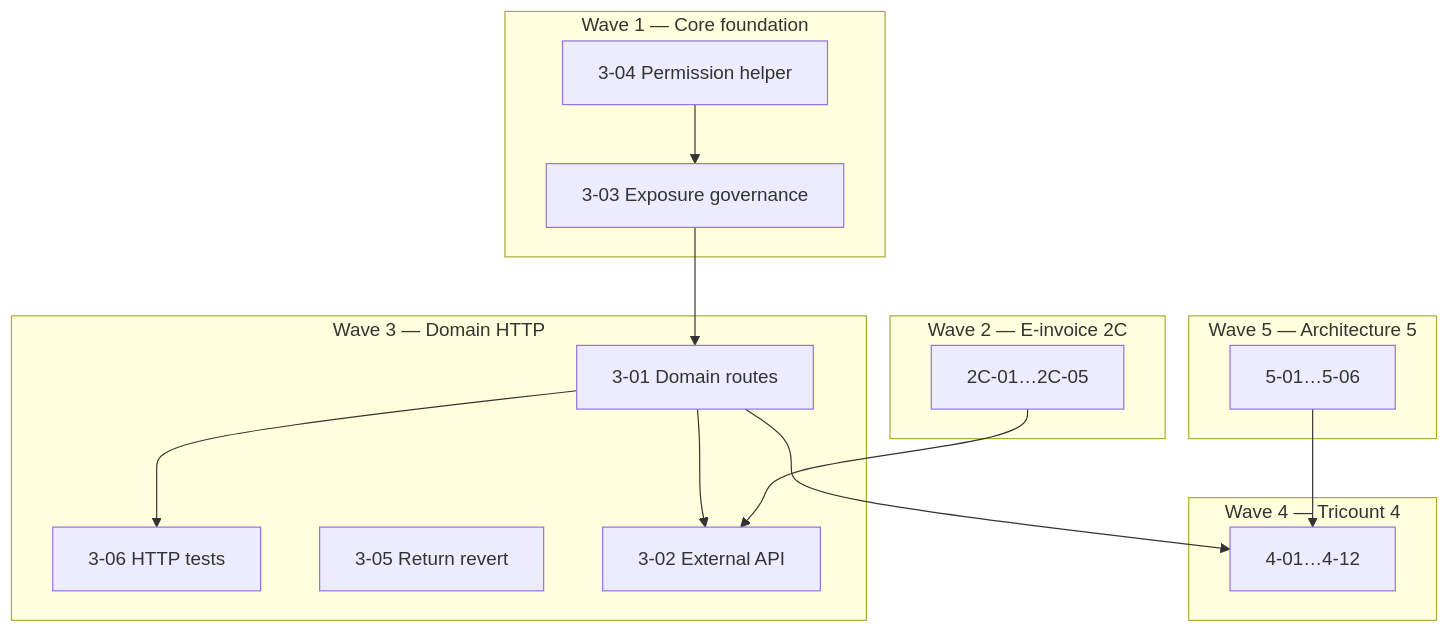
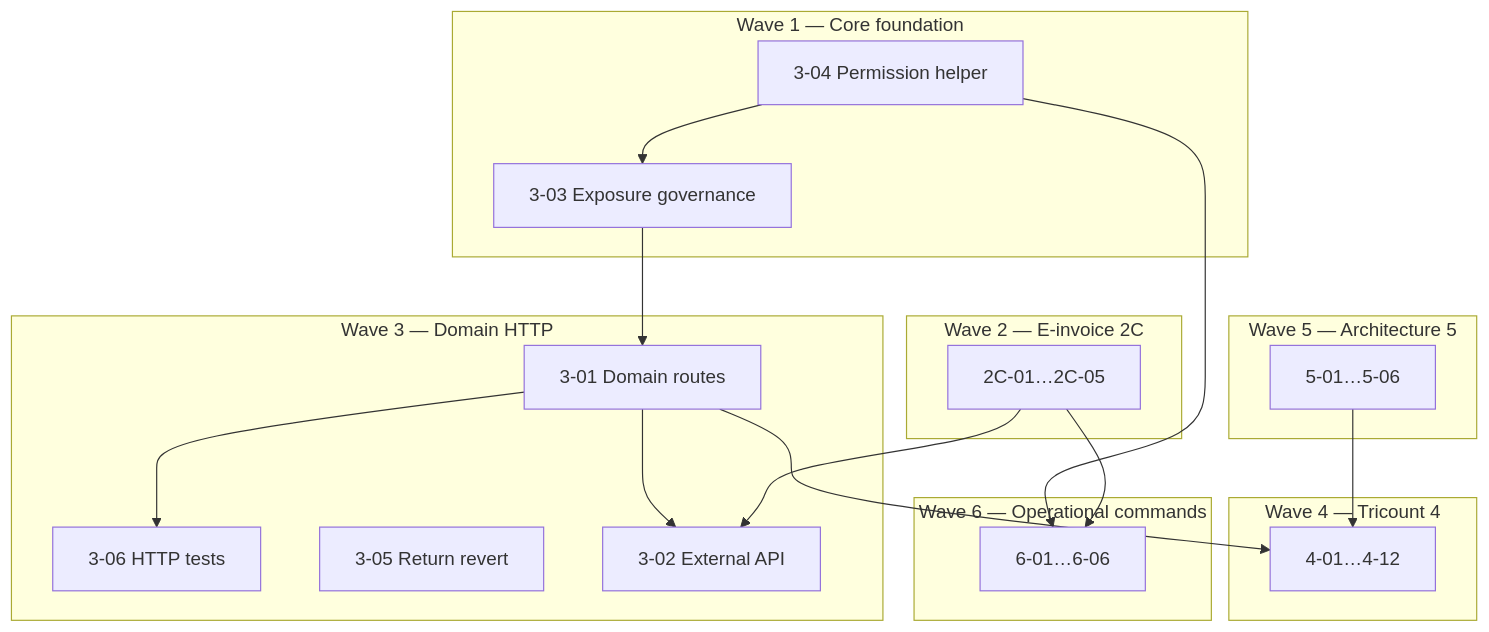
The diagram in docs/superpowers/plans/2026-06-30-erp-hardening-spec2-phase3-remaining.md (swolley/laraplate), drawn with Mermaid before and after one commit. The commit also changed other lines of this file and 1 other file, not shown here.

Commit message:
docs(erp): add operational command backlog

````diff
--- a/docs/superpowers/plans/2026-06-30-erp-hardening-spec2-phase3-remaining.md
+++ b/docs/superpowers/plans/2026-06-30-erp-hardening-spec2-phase3-remaining.md
@@ -43,29 +44,34 @@
 ```mermaid
 flowchart TB
   subgraph W1["Wave 1 — Core foundation"]
     P34[3-04 Permission helper]
     P33[3-03 Exposure governance]
   end
   subgraph W3["Wave 3 — Domain HTTP"]
     P31[3-01 Domain routes]
     P36[3-06 HTTP tests]
     P35[3-05 Return revert]
     P32[3-02 External API]
   end
   subgraph W2["Wave 2 — E-invoice 2C"]
     P2C[2C-01…2C-05]
   end
   subgraph W4["Wave 4 — Tricount 4"]
     P4[4-01…4-12]
   end
   subgraph W5["Wave 5 — Architecture 5"]
     P5[5-01…5-06]
   end
+  subgraph W6["Wave 6 — Operational commands"]
+    P6[6-01…6-06]
+  end
   P34 --> P33
   P33 --> P31
   P31 --> P36
   P31 --> P32
   P2C --> P32
   P31 --> P4
   P5 --> P4
+  P34 --> P6
+  P2C --> P6
 ```
````
